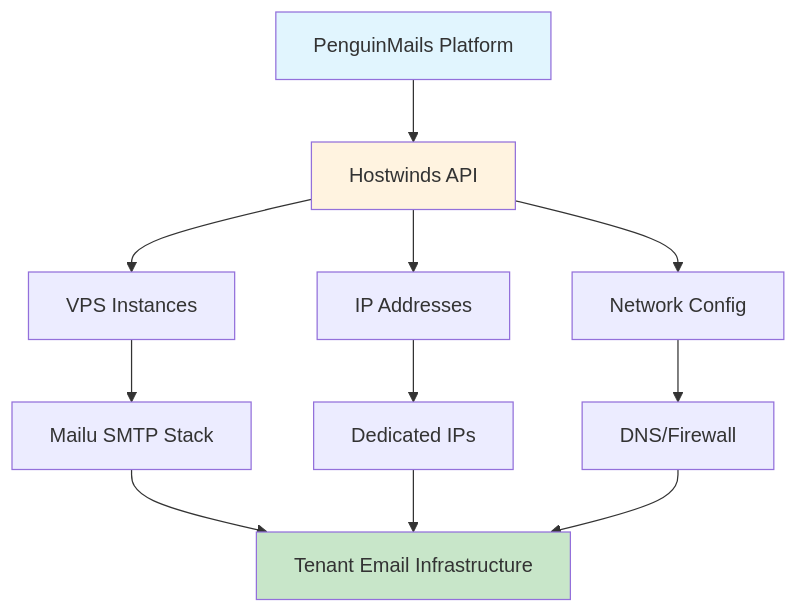
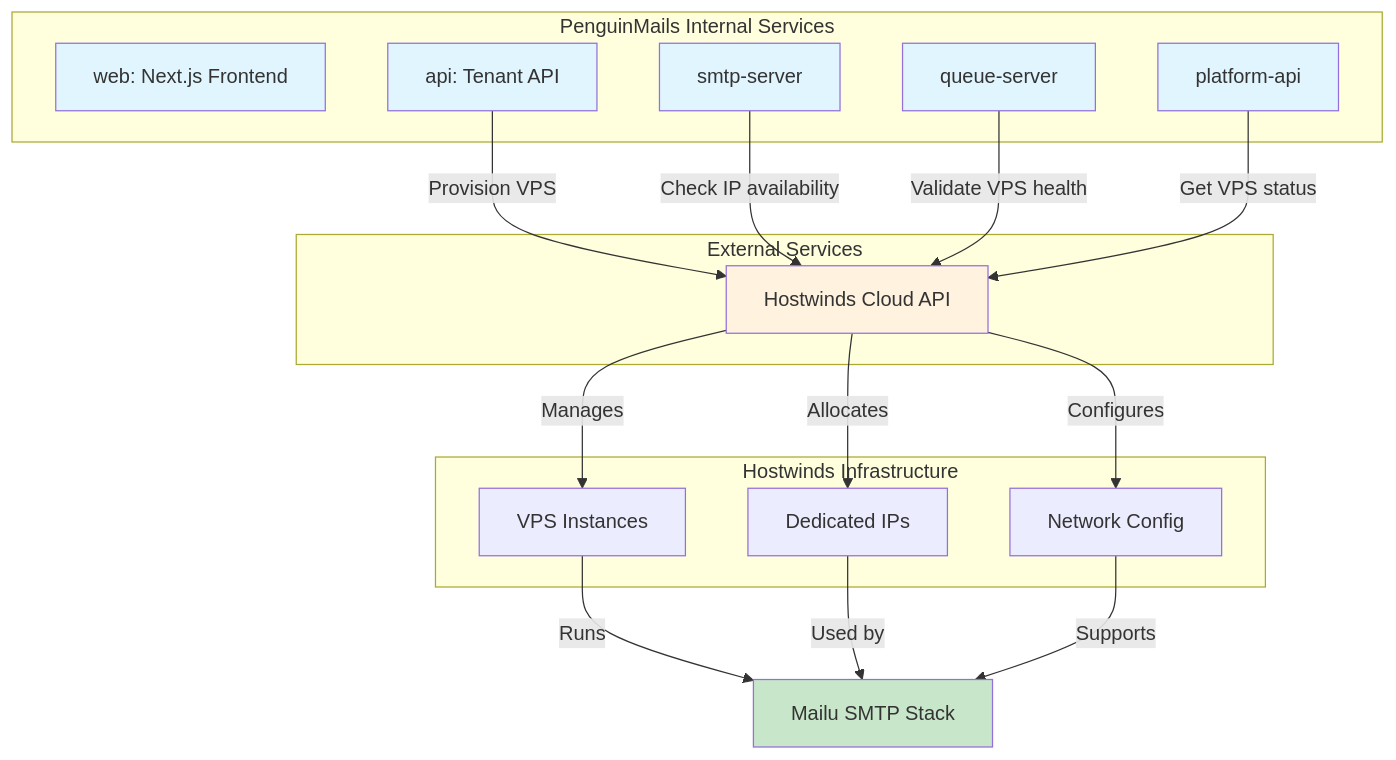
Before and after one commit to penguinmails/penguinmails.github.io: the diagram in docs/implementation-technical/api/hostwinds/overview.md, drawn with Mermaid. The commit also changed other lines of this file and 26 other files, not shown here.

First line of the commit message:
feat(api): Complete unified API architecture documentation

````diff
--- a/docs/implementation-technical/api/hostwinds/overview.md
+++ b/docs/implementation-technical/api/hostwinds/overview.md
@@ -45,19 +64,41 @@
 ```mermaid
 graph TB
-    A[PenguinMails Platform] --> B[Hostwinds API]
-    B --> C[VPS Instances]
-    B --> D[IP Addresses]
-    B --> E[Network Config]
+    subgraph "PenguinMails Internal Services"
+        WEB[web: Next.js Frontend]
+        API[api: Tenant API]
+        SMTP[smtp-server]
+        QUEUE[queue-server]
+        PLATFORM[platform-api]
+    end
     
-    C --> F[Mailu SMTP Stack]
-    D --> G[Dedicated IPs]
-    E --> H[DNS/Firewall]
+    subgraph "External Services"
+        HOSTWINDS[Hostwinds Cloud API]
+    end
     
-    F --> I[Tenant Email Infrastructure]
-    G --> I
-    H --> I
+    subgraph "Hostwinds Infrastructure"
+        VPS[VPS Instances]
+        IPS[Dedicated IPs]
+        NET[Network Config]
+    end
     
-    style A fill:#e1f5fe
-    style B fill:#fff3e0
-    style I fill:#c8e6c9
+    API -->|Provision VPS| HOSTWINDS
+    SMTP -->|Check IP availability| HOSTWINDS
+    QUEUE -->|Validate VPS health| HOSTWINDS
+    PLATFORM -->|Get VPS status| HOSTWINDS
+    
+    HOSTWINDS -->|Manages| VPS
+    HOSTWINDS -->|Allocates| IPS
+    HOSTWINDS -->|Configures| NET
+    
+    VPS -->|Runs| MAILU[Mailu SMTP Stack]
+    IPS -->|Used by| MAILU
+    NET -->|Supports| MAILU
+    
+    style HOSTWINDS fill:#fff3e0
+    style WEB fill:#e1f5fe
+    style API fill:#e1f5fe
+    style SMTP fill:#e1f5fe
+    style QUEUE fill:#e1f5fe
+    style PLATFORM fill:#e1f5fe
+    style MAILU fill:#c8e6c9
 ```
````
